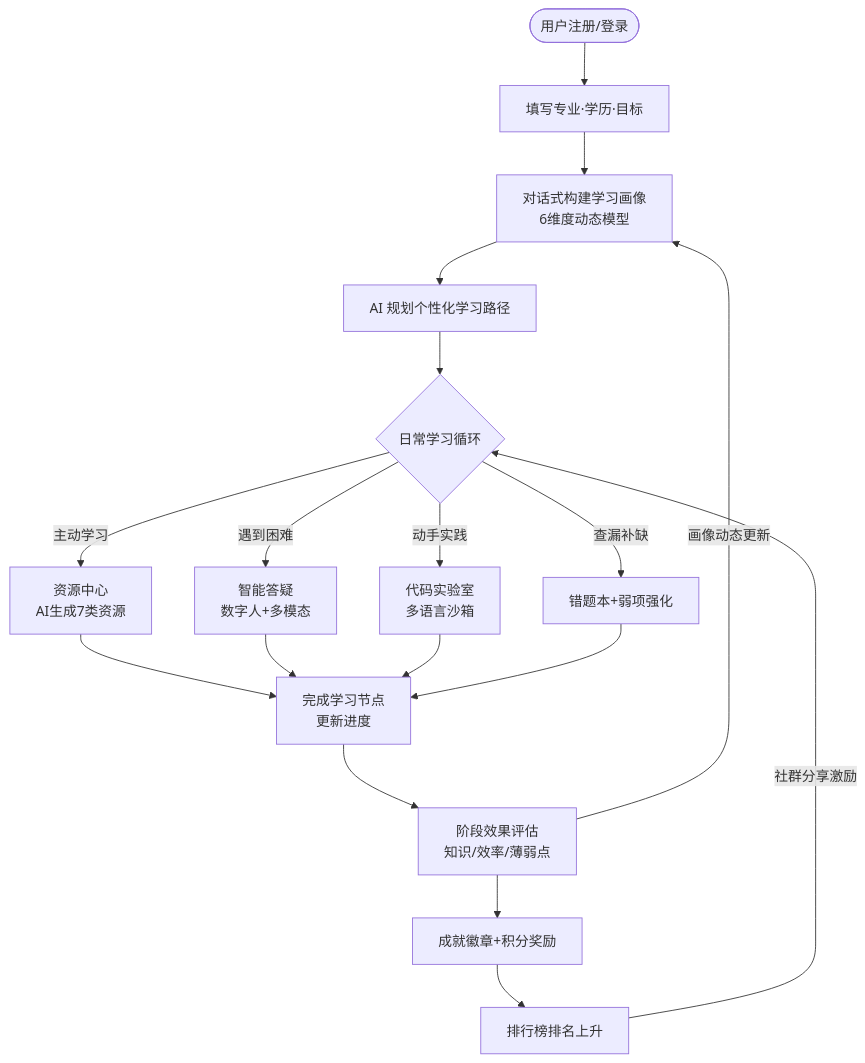
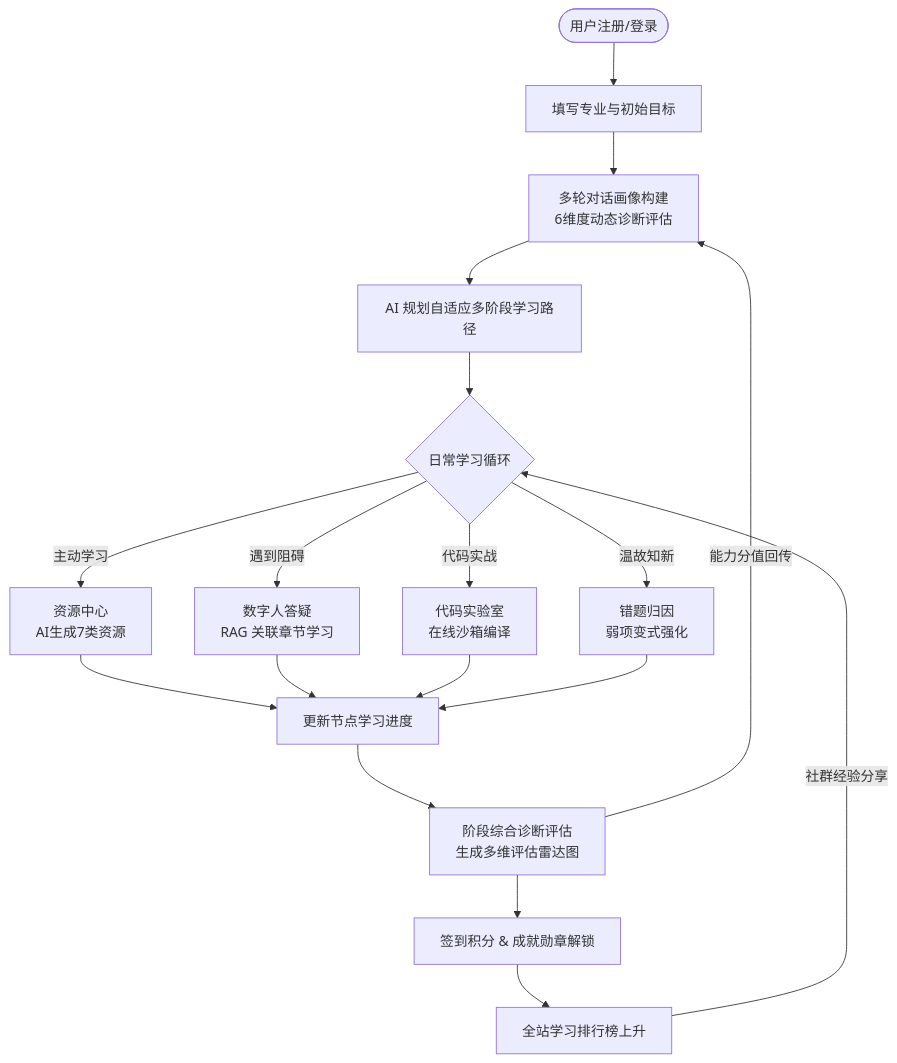
The diagram in README.md (wyxpro/Kowell-AI), drawn with Mermaid before and after one commit. The commit also changed other lines of this file and 4 other files, not shown here.

````diff
--- a/README.md
+++ b/README.md
@@ -146,19 +150,17 @@
 ```mermaid
 flowchart TD
-    A([用户注册/登录]) --> B[填写专业·学历·目标]
-    B --> C[对话式构建学习画像\n6维度动态模型]
-    C --> D[AI 规划个性化学习路径]
-
+    A([用户注册/登录]) --> B[填写专业与初始目标]
+    B --> C[多轮对话画像构建\n6维度动态诊断评估]
+    C --> D[AI 规划自适应多阶段学习路径]
     D --> E{日常学习循环}
     E -->|主动学习| F[资源中心\nAI生成7类资源]
-    E -->|遇到困难| G[智能答疑\n数字人+多模态]
-    E -->|动手实践| H[代码实验室\n多语言沙箱]
-    E -->|查漏补缺| I[错题本+弱项强化]
-
-    F & G & H & I --> J[完成学习节点\n更新进度]
-    J --> K[阶段效果评估\n知识/效率/薄弱点]
-    K -->|画像动态更新| C
-    K --> L[成就徽章+积分奖励]
-    L --> M[排行榜排名上升]
-    M -->|社群分享激励| E
+    E -->|遇到阻碍| G[数字人答疑\nRAG 关联章节学习]
+    E -->|代码实战| H[代码实验室\n在线沙箱编译]
+    E -->|温故知新| I[错题归因\n弱项变式强化]
+    F & G & H & I --> J[更新节点学习进度]
+    J --> K[阶段综合诊断评估\n生成多维评估雷达图]
+    K -->|能力分值回传| C
+    K --> L[签到积分 & 成就勋章解锁]
+    L --> M[全站学习排行榜上升]
+    M -->|社群经验分享| E
 ```
````
